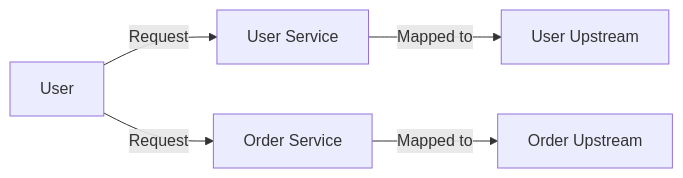
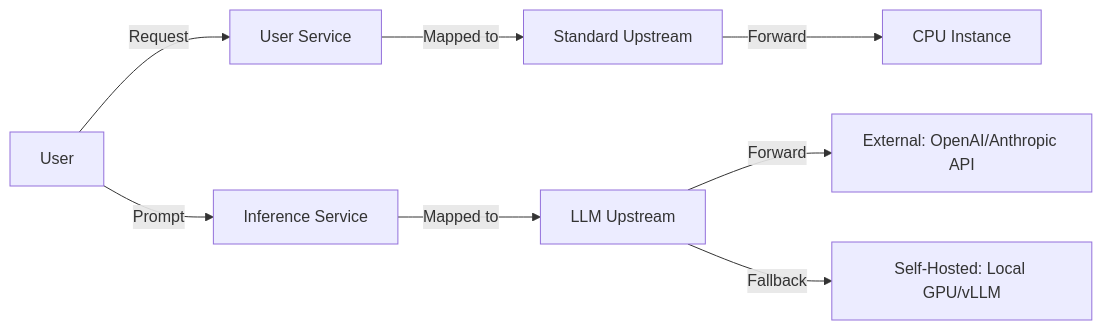
One commit to susmitpy/talks changed the fourth of 7 diagrams in authnz_obs.md. Above: the diagram before and after it, drawn with Mermaid. The commit also changed other lines of this file, not shown here.

````diff
--- a/authnz_obs.md
+++ b/authnz_obs.md
@@ -196,10 +198,14 @@
 ```mermaid
 graph LR
 
 U[User] -->|Request| US[User Service]
+U --> |Prompt| IS[Inference Service]
 
-U --> |Request| OS[Order Service]
+US --> |Mapped to| UU[Standard Upstream]
+IS --> |Mapped to| IU[LLM Upstream]
 
-US --> |Mapped to| UU[User Upstream]
-OS --> |Mapped to| OU[Order Upstream]
+UU --> |Forward| UT1[CPU Instance]
+
+IU --> |Forward| EXT[External: OpenAI/Anthropic API]
+IU --> |Fallback| SLF[Self-Hosted: Local GPU/vLLM]
 ```
````
